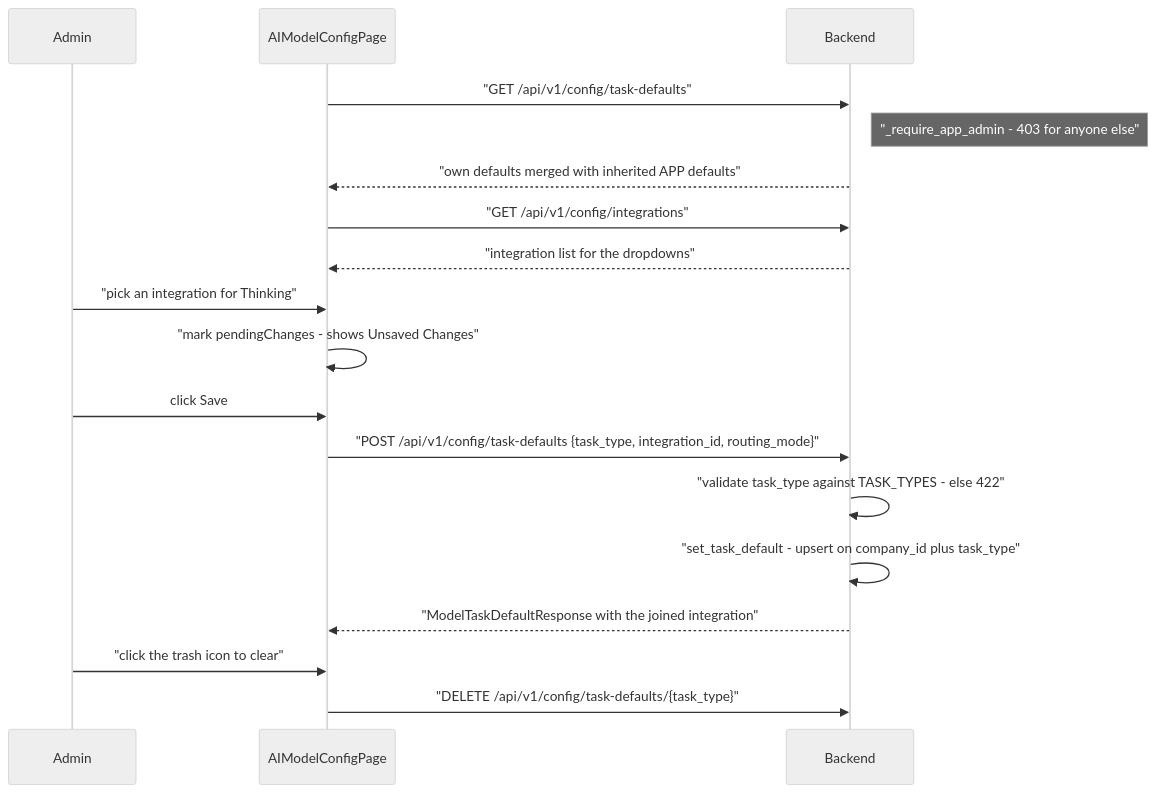
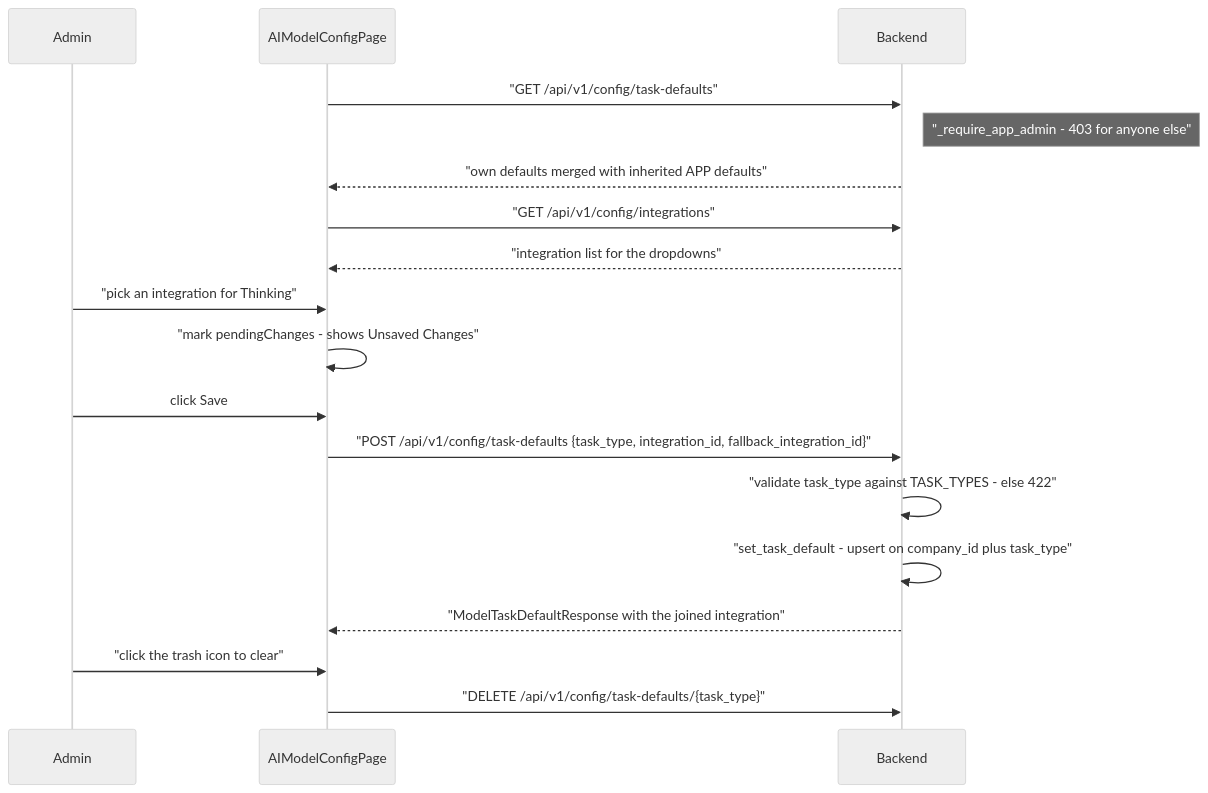
Before and after one commit to gondolerahul/hire-buddha-app: diagram 19 of 21 in docs/current/10-llm-providers.md, drawn with Mermaid (neutral theme). The commit also changed other lines of this file and 13 other files, not shown here.

````diff
--- a/docs/current/10-llm-providers.md
+++ b/docs/current/10-llm-providers.md
@@ -1646,21 +1645,21 @@
 ```mermaid
 sequenceDiagram
     participant Admin
     participant P as AIModelConfigPage
     participant API as Backend
 
     P->>API: "GET /api/v1/config/task-defaults"
     Note right of API: "_require_app_admin - 403 for anyone else"
     API-->>P: "own defaults merged with inherited APP defaults"
     P->>API: "GET /api/v1/config/integrations"
     API-->>P: "integration list for the dropdowns"
     Admin->>P: "pick an integration for Thinking"
     P->>P: "mark pendingChanges - shows Unsaved Changes"
     Admin->>P: click Save
-    P->>API: "POST /api/v1/config/task-defaults {task_type, integration_id, routing_mode}"
+    P->>API: "POST /api/v1/config/task-defaults {task_type, integration_id, fallback_integration_id}"
     API->>API: "validate task_type against TASK_TYPES - else 422"
     API->>API: "set_task_default - upsert on company_id plus task_type"
     API-->>P: "ModelTaskDefaultResponse with the joined integration"
     Admin->>P: "click the trash icon to clear"
     P->>API: "DELETE /api/v1/config/task-defaults/{task_type}"
 ```
````
